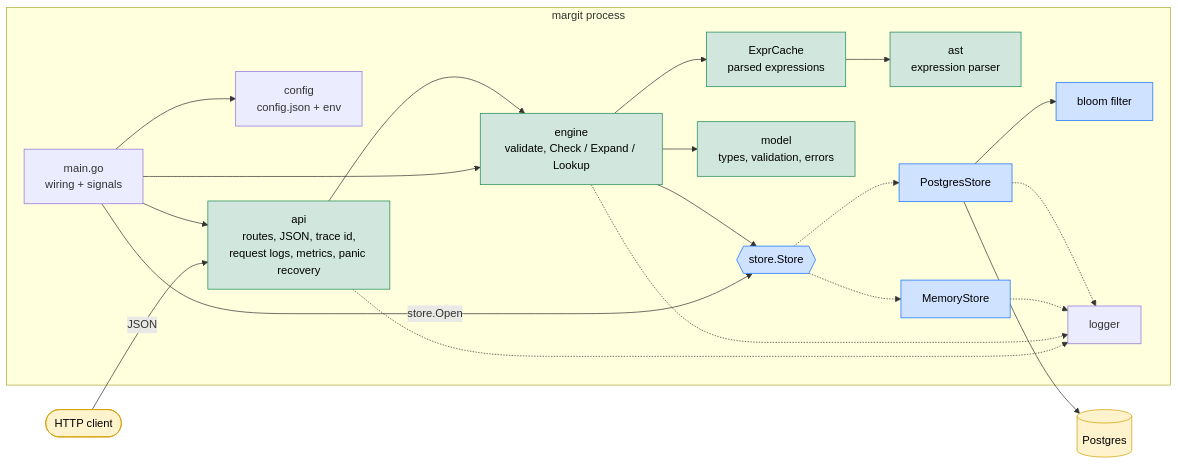
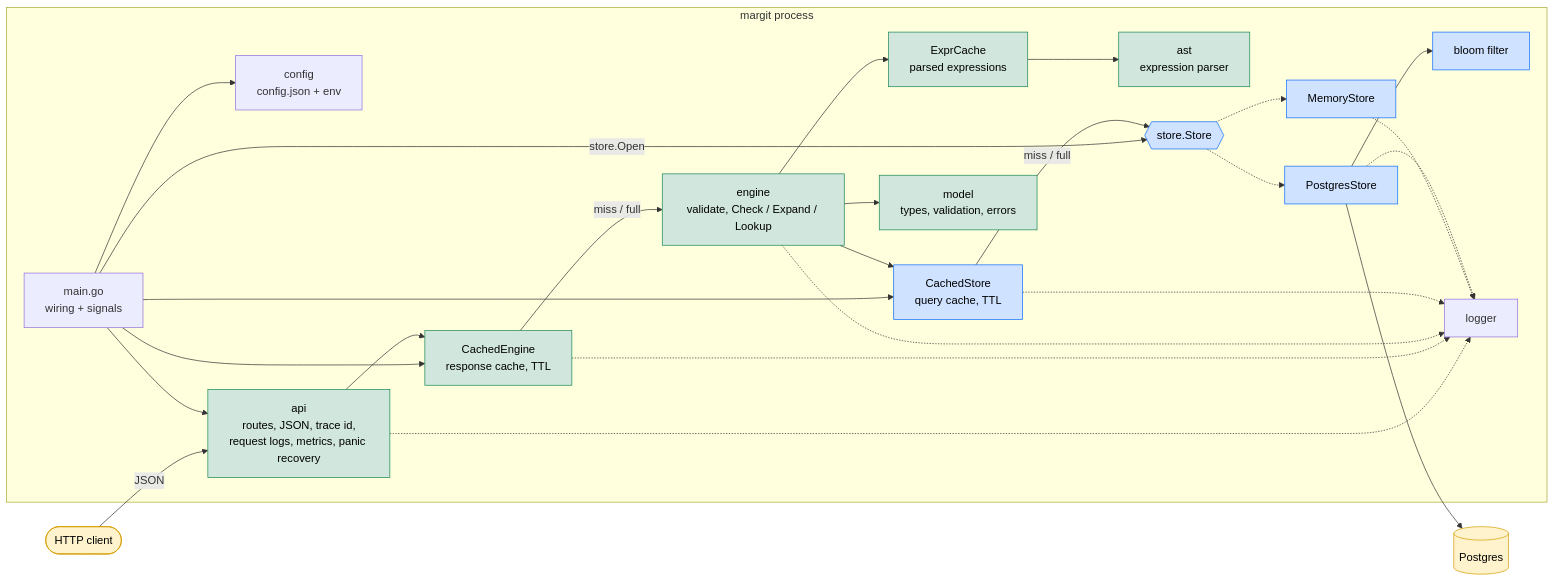
The first of 9 diagrams in ARCHITECTURE.md (c4ptlevi/Margit), drawn with Mermaid before and after one commit. The commit also changed other lines of this file and 1 other file, not shown here.

First line of the commit message:
docs: caches, consistency and logging; fix mermaid note syntax

````diff
--- a/ARCHITECTURE.md
+++ b/ARCHITECTURE.md
@@ -8,43 +8,46 @@
 ```mermaid
 flowchart LR
     client([HTTP client])
 
     subgraph proc[margit process]
         main[main.go<br/>wiring + signals]
         cfg[config<br/>config.json + env]
         api[api<br/>routes, JSON, trace id,<br/>request logs, metrics, panic recovery]
+        rc[CachedEngine<br/>response cache, TTL]
+        qc[CachedStore<br/>query cache, TTL]
         eng[engine<br/>validate, Check / Expand / Lookup]
         cache[ExprCache<br/>parsed expressions]
         ast[ast<br/>expression parser]
         model[model<br/>types, validation, errors]
         st{{store.Store}}
         mem[MemoryStore]
         pg[PostgresStore]
         bloom[bloom filter]
         log[logger]
     end
 
     db[(Postgres)]
 
     client -->|JSON| api
     main --> cfg
     main --> api
-    main --> eng
+    main --> rc
+    main --> qc
     main -->|store.Open| st
-    api --> eng
+    api --> rc -->|miss / full| eng
     eng --> cache --> ast
     eng --> model
-    eng --> st
+    eng --> qc -->|miss / full| st
     st -.-> mem
     st -.-> pg
     pg --> bloom
     pg --> db
-    api & eng & mem & pg -.-> log
+    api & rc & eng & qc & mem & pg -.-> log
 
     classDef ext fill:#fff3cd,stroke:#d39e00,color:#000
     classDef core fill:#d1e7dd,stroke:#198754,color:#000
     classDef storage fill:#cfe2ff,stroke:#0d6efd,color:#000
     class client,db ext
-    class api,eng,cache,ast,model core
-    class st,mem,pg,bloom storage
+    class api,rc,eng,cache,ast,model core
+    class st,qc,mem,pg,bloom storage
 ```
````
